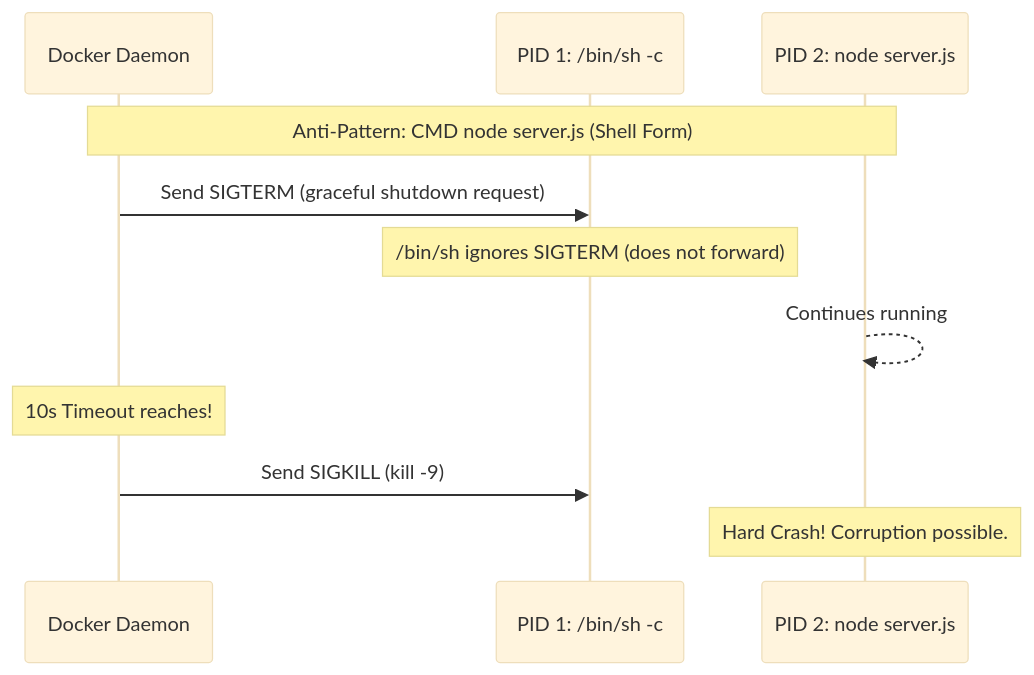
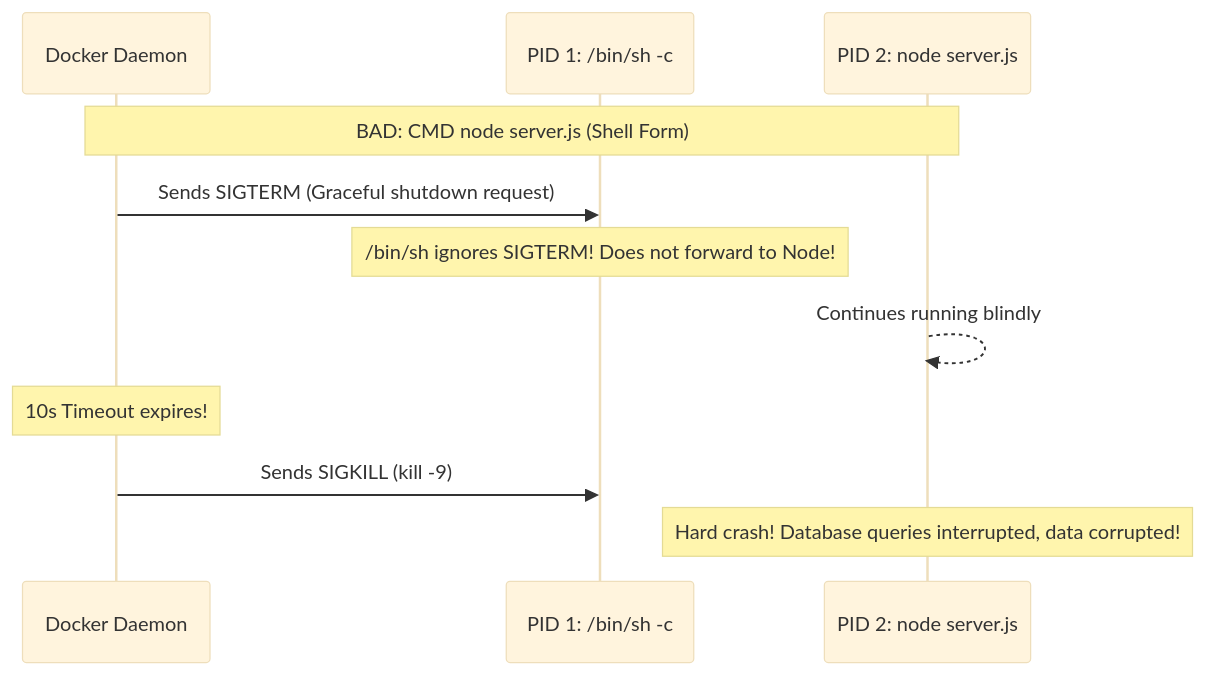
The second of 4 diagrams in 01-Docker/02-Dockerfile-Deep-Dive-and-Best-Practices.md (PandeyKishan/Study-Notes), drawn with Mermaid (base theme) before and after one commit. The commit also changed other lines of this file and 20 other files, not shown here.

````diff
--- a/01-Docker/02-Dockerfile-Deep-Dive-and-Best-Practices.md
+++ b/01-Docker/02-Dockerfile-Deep-Dive-and-Best-Practices.md
@@ -39,14 +97,14 @@
 ```mermaid
 sequenceDiagram
     participant Docker as Docker Daemon
     participant Shell as PID 1: /bin/sh -c
     participant App as PID 2: node server.js
 
-    Note over Docker,App: Anti-Pattern: CMD node server.js (Shell Form)
-    Docker->>Shell: Send SIGTERM (graceful shutdown request)
-    Note over Shell: /bin/sh ignores SIGTERM (does not forward)
-    App-->>App: Continues running
-    Note over Docker: 10s Timeout reaches!
-    Docker->>Shell: Send SIGKILL (kill -9)
-    Note over App: Hard Crash! Corruption possible.
+    Note over Docker,App: BAD: CMD node server.js (Shell Form)
+    Docker->>Shell: Sends SIGTERM (Graceful shutdown request)
+    Note over Shell: /bin/sh ignores SIGTERM! Does not forward to Node!
+    App-->>App: Continues running blindly
+    Note over Docker: 10s Timeout expires!
+    Docker->>Shell: Sends SIGKILL (kill -9)
+    Note over App: Hard crash! Database queries interrupted, data corrupted!
 ```
````
